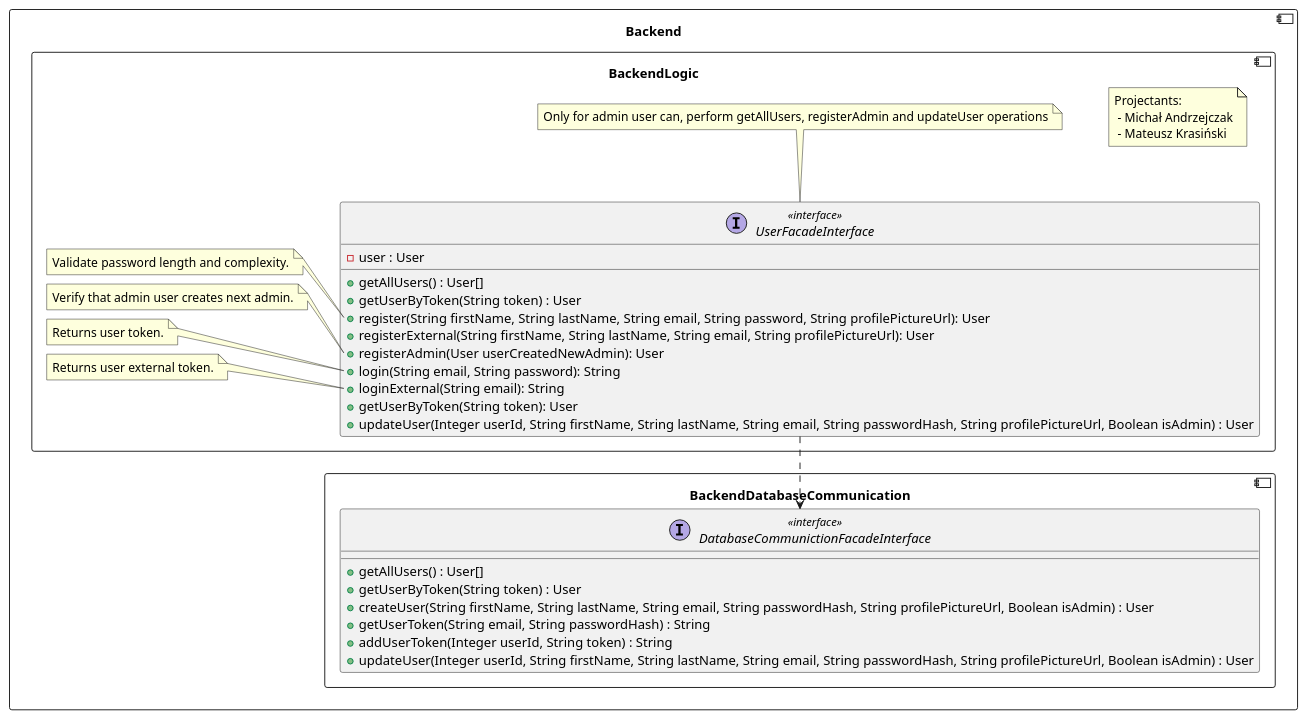
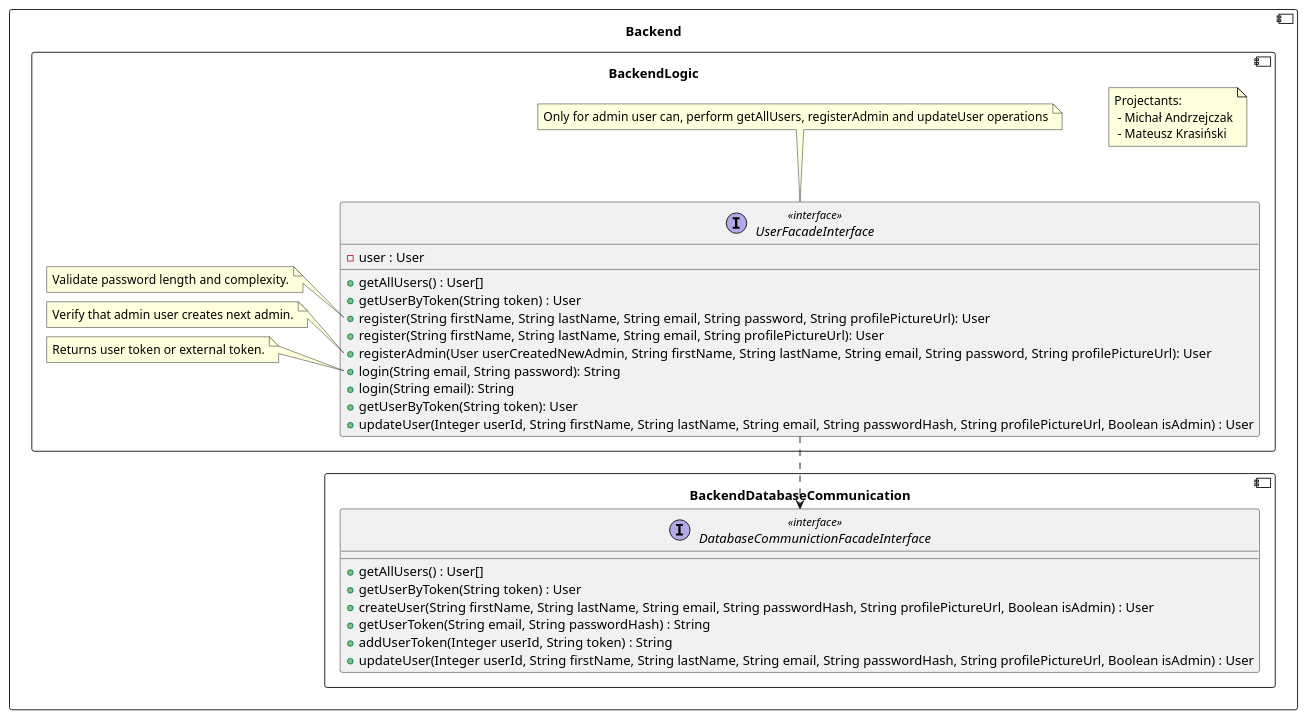
The second of 5 diagrams in backend/BackendLogic.md (RadekBucki/OpinionCollectorArchitecture), drawn with PlantUML before and after one commit. The commit also changed 1 other file, not shown here.

Commit message:
PR comments

````diff
--- a/backend/BackendLogic.md
+++ b/backend/BackendLogic.md
@@ -27,59 +27,55 @@
 ```plantuml
 @startuml
 component Backend {
     component BackendDatabaseCommunication {
         interface DatabaseCommunictionFacadeInterface <<interface>>{
             + getAllUsers() : User[]
             + getUserByToken(String token) : User
             + createUser(String firstName, String lastName, String email, String passwordHash, String profilePictureUrl, Boolean isAdmin) : User
             + getUserToken(String email, String passwordHash) : String
             + addUserToken(Integer userId, String token) : String
             + updateUser(Integer userId, String firstName, String lastName, String email, String passwordHash, String profilePictureUrl, Boolean isAdmin) : User
         }
     }
     
     component BackendLogic {
         note as Authors
             Projectants: 
              - Michał Andrzejczak
              - Mateusz Krasiński
         endnote
         
         UserFacadeInterface ..> DatabaseCommunictionFacadeInterface
         
         interface UserFacadeInterface <<interface>> {
             - user : User
             + getAllUsers() : User[]
             + getUserByToken(String token) : User
             + register(String firstName, String lastName, String email, String password, String profilePictureUrl): User
-            + registerExternal(String firstName, String lastName, String email, String profilePictureUrl): User
-            + registerAdmin(User userCreatedNewAdmin): User
+            + register(String firstName, String lastName, String email, String profilePictureUrl): User
+            + registerAdmin(User userCreatedNewAdmin, String firstName, String lastName, String email, String password, String profilePictureUrl): User
             + login(String email, String password): String
-            + loginExternal(String email): String
+            + login(String email): String
             + getUserByToken(String token): User
             + updateUser(Integer userId, String firstName, String lastName, String email, String passwordHash, String profilePictureUrl, Boolean isAdmin) : User
         }
     
         note top of UserFacadeInterface
             Only for admin user can, perform getAllUsers, registerAdmin and updateUser operations
         endnote
     
         note left of UserFacadeInterface::register
             Validate password length and complexity.
         endnote
     
         note left of UserFacadeInterface::registerAdmin
             Verify that admin user creates next admin.
         endnote
     
         note left of UserFacadeInterface::login
-            Returns user token.
-        endnote
-        
-        note left of UserFacadeInterface::loginExternal
-            Returns user external token.
+            Returns user token or external token.
         endnote
     }
 }
 @enduml 
 ```
````
